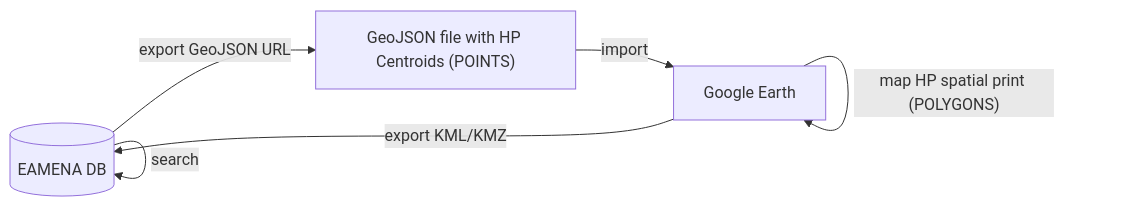
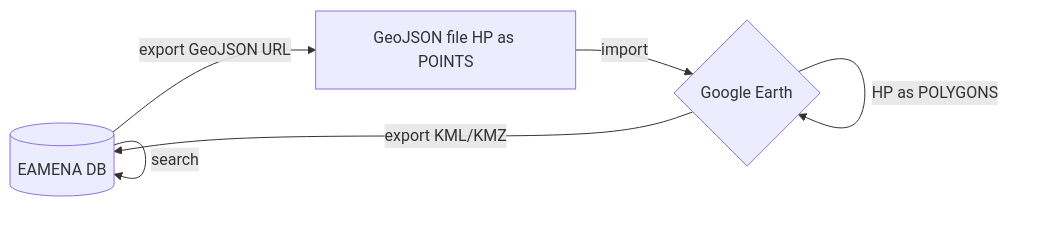
Before and after one commit to eamena-project/eamena-arches-dev: the diagram in data/kml/README.md, drawn with Mermaid.

Commit message:
geom_kml diagram

````diff
--- a/data/kml/README.md
+++ b/data/kml/README.md
@@ -3,8 +3,8 @@
 ```mermaid
 flowchart LR
     A[(EAMENA DB)] --search--> A;
-    A --export GeoJSON URL--> B["GeoJSON file with HP Centroids (POINTS)"];
-    B --import--> C[Google Earth];
-    C --"map HP spatial print (POLYGONS)"--> C;
+    A --export GeoJSON URL--> B[GeoJSON file HP as POINTS];
+    B --import--> C{Google Earth};
+    C --"HP as POLYGONS"--> C;
     C --export KML/KMZ--> A; 
 ```
````
